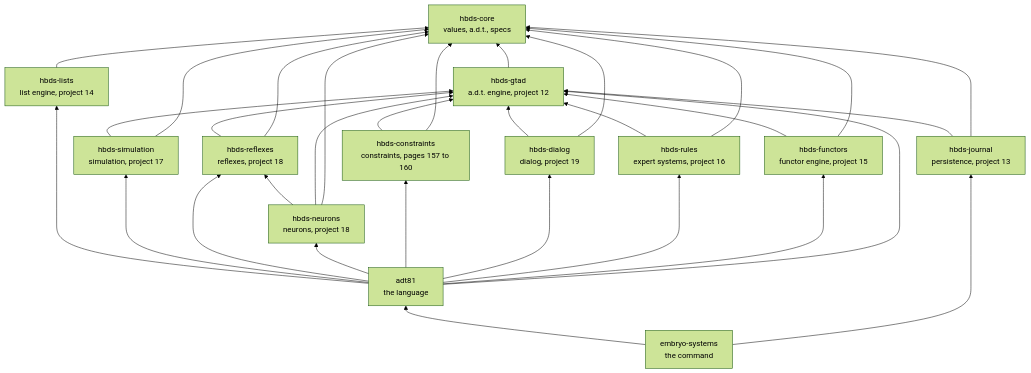
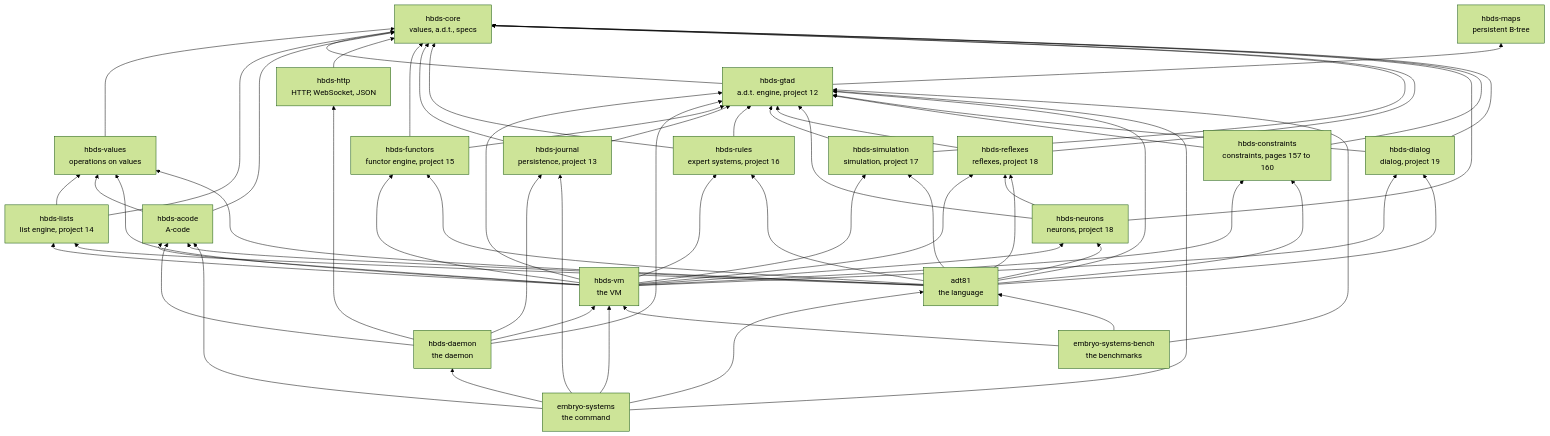
Before and after one commit to nrdufour/embryo-systems: the second of 2 diagrams in README.md, drawn with Mermaid (forest theme). The commit also changed other lines of this file and 14 other files, not shown here.

````diff
--- a/README.md
+++ b/README.md
@@ -92,34 +98,49 @@
 ```mermaid
 flowchart BT
     core["hbds-core<br/>values, a.d.t., specs"]
+    values["hbds-values<br/>operations on values"] --> core
+    maps["hbds-maps<br/>persistent B-tree"]
     lists["hbds-lists<br/>list engine, project 14"] --> core
+    lists --> values
     gtad["hbds-gtad<br/>a.d.t. engine, project 12"] --> core
+    gtad --> maps
+    acode["hbds-acode<br/>A-code"] --> values
+    acode --> core
+    vm["hbds-vm<br/>the VM"] --> acode
+    vm --> values & lists & gtad & functors & rules
+    vm --> sim & reflexes & neurons & constraints & dialog
+    http["hbds-http<br/>HTTP, WebSocket, JSON"] --> core
+    daemon["hbds-daemon<br/>the daemon"] --> vm
+    daemon --> http & journal & acode & gtad
     functors["hbds-functors<br/>functor engine, project 15"] --> gtad
     functors --> core
     journal["hbds-journal<br/>persistence, project 13"] --> gtad
     journal --> core
     rules["hbds-rules<br/>expert systems, project 16"] --> gtad
     rules --> core
     sim["hbds-simulation<br/>simulation, project 17"] --> gtad
     sim --> core
     reflexes["hbds-reflexes<br/>reflexes, project 18"] --> gtad
     reflexes --> core
     neurons["hbds-neurons<br/>neurons, project 18"] --> reflexes
     neurons --> gtad
     neurons --> core
     constraints["hbds-constraints<br/>constraints, pages 157 to 160"] --> gtad
     constraints --> core
     dialog["hbds-dialog<br/>dialog, project 19"] --> gtad
     dialog --> core
     adt81["adt81<br/>the language"] --> lists
     adt81 --> sim
     adt81 --> reflexes
     adt81 --> neurons
     adt81 --> constraints
     adt81 --> dialog
     adt81 --> rules
     adt81 --> functors
     adt81 --> gtad
+    adt81 --> values & acode
     cli["embryo-systems<br/>the command"] --> adt81
-    cli --> journal
+    cli --> journal & daemon & vm & acode & gtad
+    bench["embryo-systems-bench<br/>the benchmarks"] --> adt81
+    bench --> vm & gtad
 ```
````
